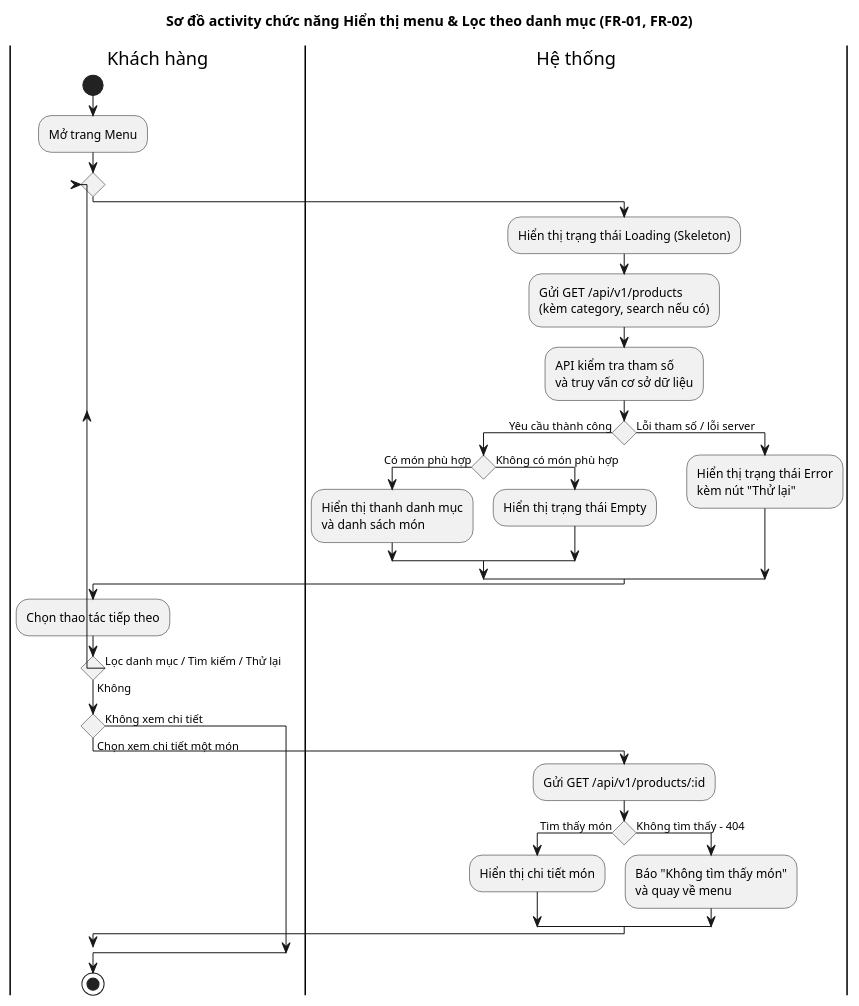
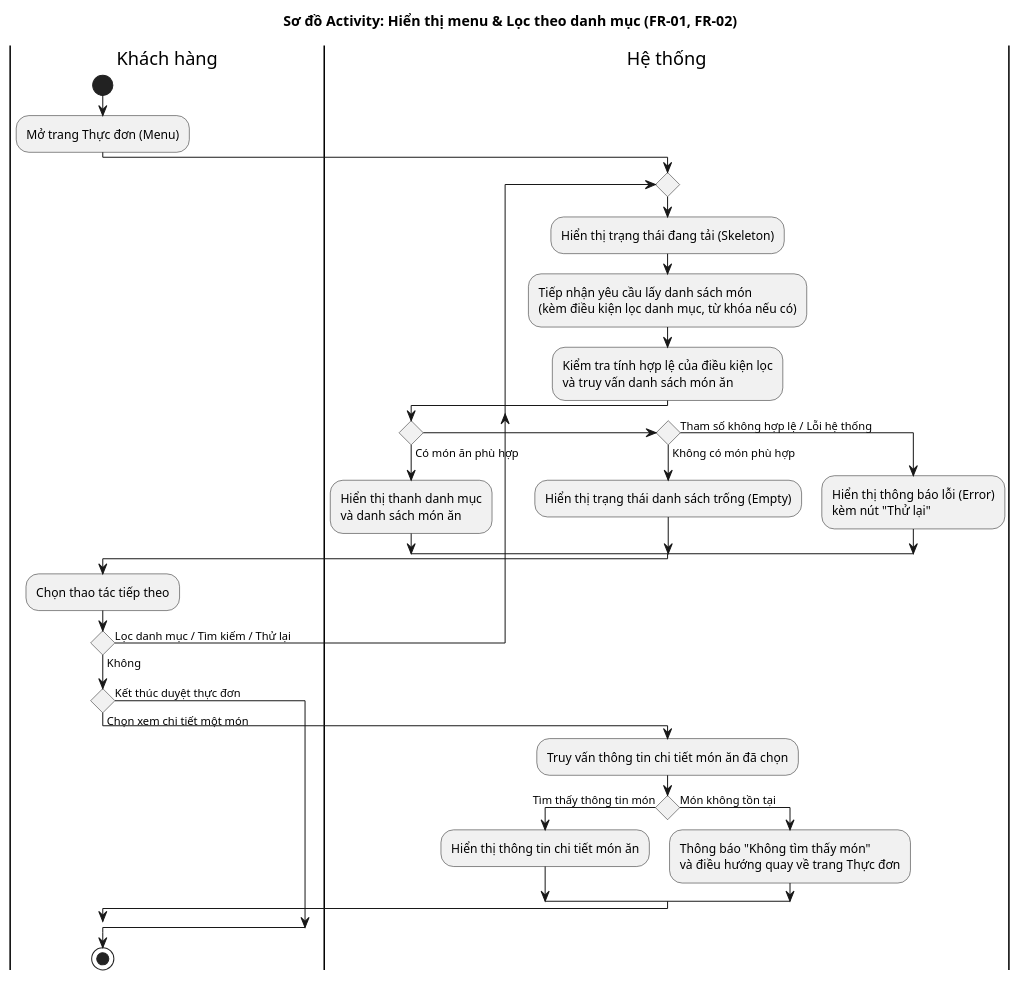
One commit to Phuc280106/BrewLite2 changed the diagram in docs/diagrams/menu/activity-menu.puml. Above: the diagram before and after it, drawn with PlantUML. The commit also changed 8 other files, not shown here.

Commit message:
docs(diagrams): hoàn thành sơ đồ usecase, sequence, activity cho chức năng hiển thị menu và lọc danh mục (FR-01, FR-02)

```diff
--- a/docs/diagrams/menu/activity-menu.puml
+++ b/docs/diagrams/menu/activity-menu.puml
@@ -1,44 +1,40 @@
 @startuml activity-menu
-title Sơ đồ activity chức năng Hiển thị menu & Lọc theo danh mục (FR-01, FR-02)
-
-' Cấu hình để hình thoi gộp nhánh và rẽ nhánh chuẩn UML (trống bên trong)
 skinparam ConditionEndStyle hline
+title Sơ đồ Activity: Hiển thị menu & Lọc theo danh mục (FR-01, FR-02)
 
 |Khách hàng|
 start
-:Mở trang Menu;
+:Mở trang Thực đơn (Menu);
 
+|Hệ thống|
 repeat
-  |Hệ thống|
-  :Hiển thị trạng thái Loading (Skeleton);
-  :Gửi GET /api/v1/products\n(kèm category, search nếu có);
-  :API kiểm tra tham số\nvà truy vấn cơ sở dữ liệu;
+  :Hiển thị trạng thái đang tải (Skeleton);
+  :Tiếp nhận yêu cầu lấy danh sách món\n(kèm điều kiện lọc danh mục, từ khóa nếu có);
+  :Kiểm tra tính hợp lệ của điều kiện lọc\nvà truy vấn danh sách món ăn;
 
-  if () then (Yêu cầu thành công)
-    if () then (Có món phù hợp)
-      :Hiển thị thanh danh mục\nvà danh sách món;
-    else (Không có món phù hợp)
-      :Hiển thị trạng thái Empty;
-    endif
-  else (Lỗi tham số / lỗi server)
-    :Hiển thị trạng thái Error\nkèm nút "Thử lại";
+  if () then (Có món ăn phù hợp)
+    :Hiển thị thanh danh mục\nvà danh sách món ăn;
+  elseif () then (Không có món phù hợp)
+    :Hiển thị trạng thái danh sách trống (Empty);
+  else (Tham số không hợp lệ / Lỗi hệ thống)
+    :Hiển thị thông báo lỗi (Error)\nkèm nút "Thử lại";
   endif
 
-  |Khách hàng|
+|Khách hàng|
   :Chọn thao tác tiếp theo;
 repeat while () is (Lọc danh mục / Tìm kiếm / Thử lại) not (Không)
 
 if () then (Chọn xem chi tiết một món)
   |Hệ thống|
-  :Gửi GET /api/v1/products/:id;
-  if () then (Tìm thấy món)
-    :Hiển thị chi tiết món;
-  else (Không tìm thấy - 404)
-    :Báo "Không tìm thấy món"\nvà quay về menu;
+  :Truy vấn thông tin chi tiết món ăn đã chọn;
+  if () then (Tìm thấy thông tin món)
+    :Hiển thị thông tin chi tiết món ăn;
+  else (Món không tồn tại)
+    :Thông báo "Không tìm thấy món"\nvà điều hướng quay về trang Thực đơn;
   endif
-else (Không xem chi tiết)
+else (Kết thúc duyệt thực đơn)
 endif
 
 |Khách hàng|
 stop
 @enduml
```
